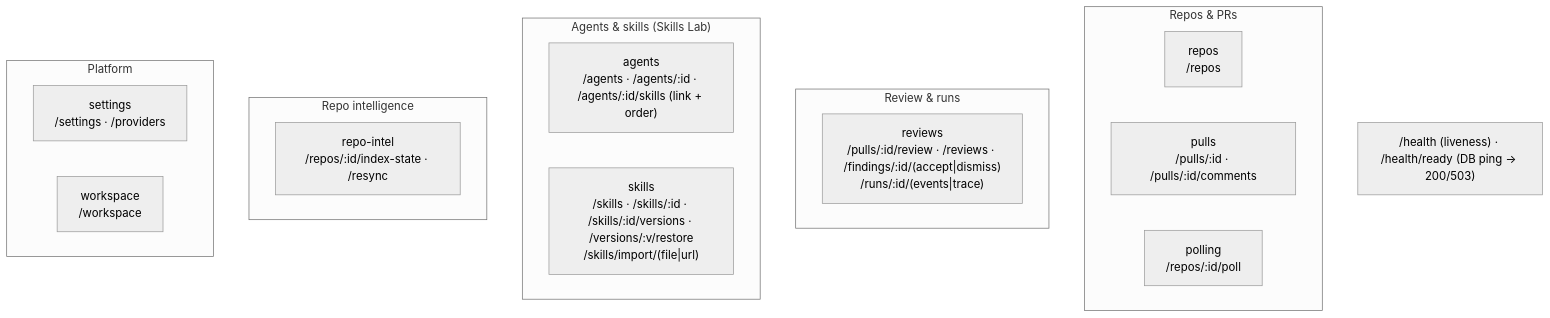
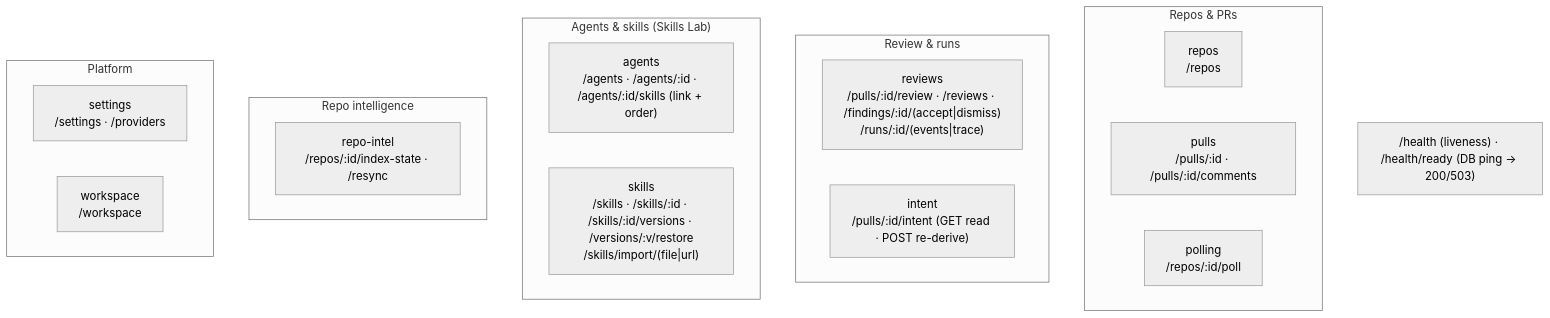
One commit to yrazub/dev-digest changed the second of 2 diagrams in server/README.md. Above: the diagram before and after it, drawn with Mermaid (neutral theme). The commit also changed other lines of this file and 26 other files, not shown here.

````diff
--- a/server/README.md
+++ b/server/README.md
@@ -68,23 +68,24 @@
 ```mermaid
 flowchart TB
   subgraph Repos_PRs["Repos & PRs"]
     repos["repos<br/>/repos"]
     pulls["pulls<br/>/pulls/:id · /pulls/:id/comments"]
     polling["polling<br/>/repos/:id/poll"]
   end
   subgraph Review["Review & runs"]
     reviews["reviews<br/>/pulls/:id/review · /reviews · /findings/:id/(accept|dismiss)<br/>/runs/:id/(events|trace)"]
+    intent["intent<br/>/pulls/:id/intent (GET read · POST re-derive)"]
   end
   subgraph Agents["Agents & skills (Skills Lab)"]
     agents["agents<br/>/agents · /agents/:id · /agents/:id/skills (link + order)"]
     skills["skills<br/>/skills · /skills/:id · /skills/:id/versions · /versions/:v/restore<br/>/skills/import/(file|url)"]
   end
   subgraph Intel["Repo intelligence"]
     repoIntel["repo-intel<br/>/repos/:id/index-state · /resync"]
   end
   subgraph Platform["Platform"]
     settings["settings<br/>/settings · /providers"]
     workspace["workspace<br/>/workspace"]
   end
   HEALTH["/health (liveness) · /health/ready (DB ping → 200/503)"]
 ```
````
